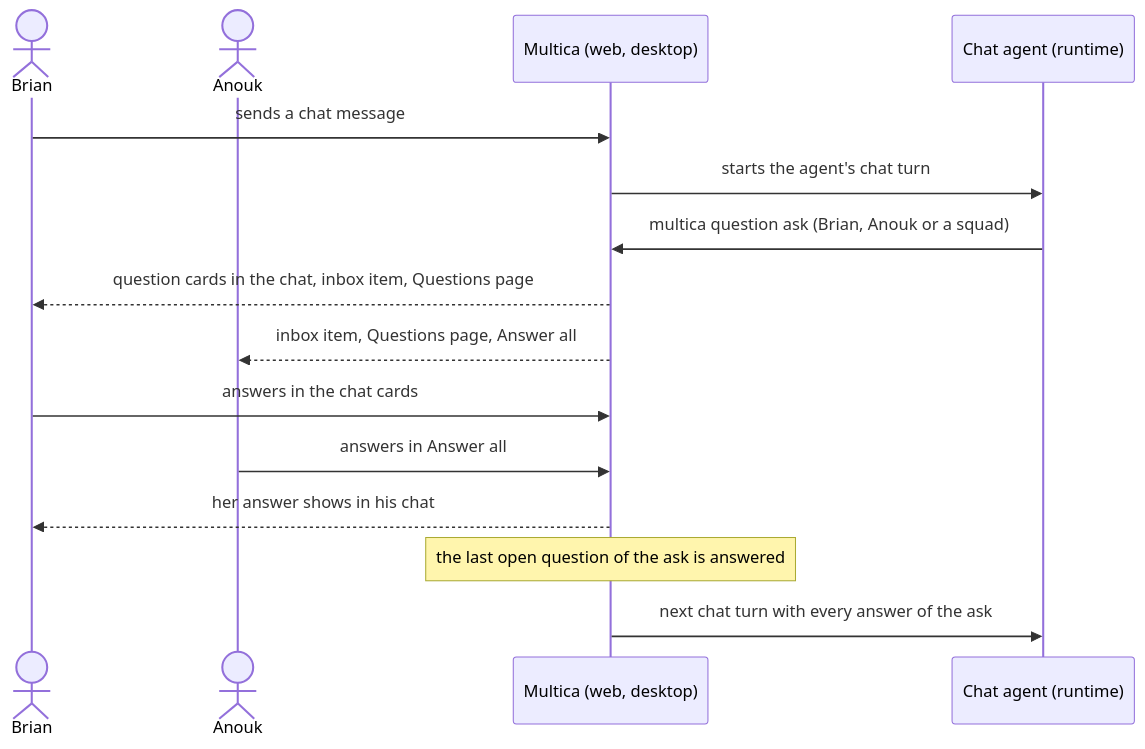
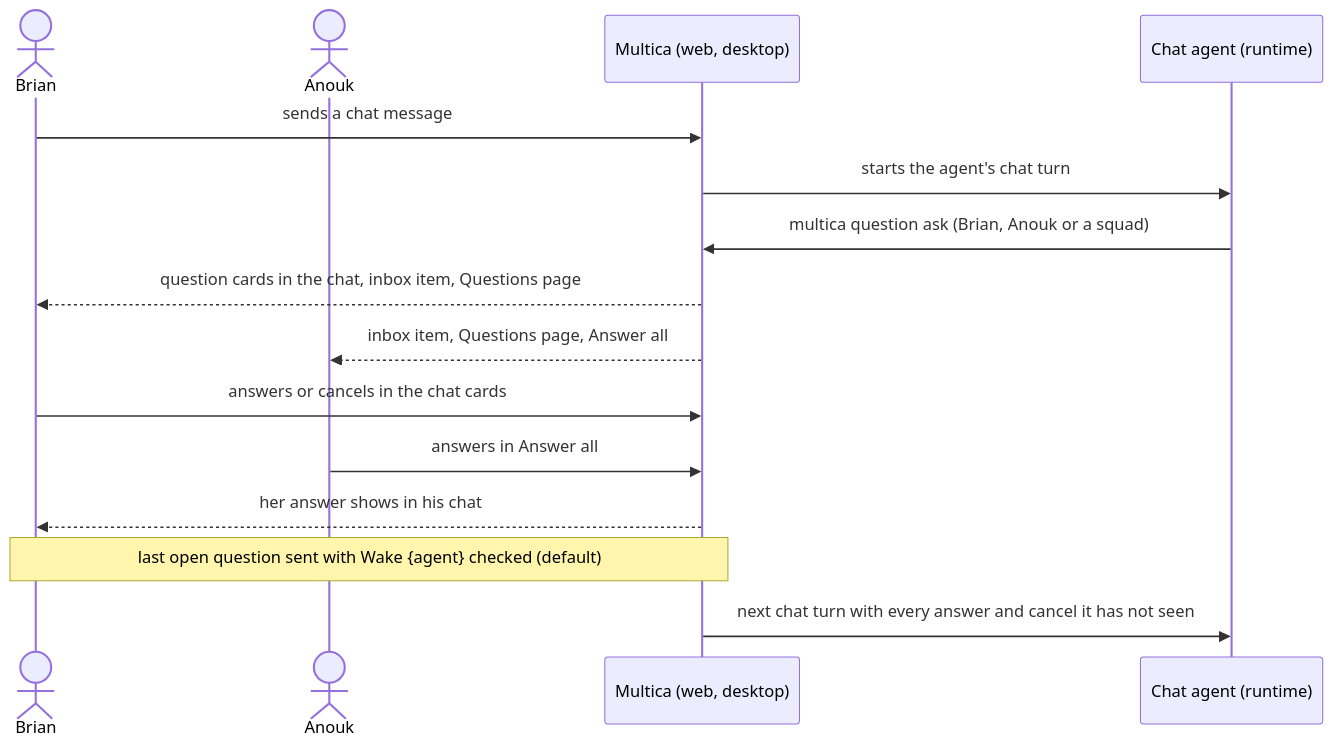
Before and after one commit to appboypov/multica: the diagram in specs/openspec/changes/questions-in-chat/proposal.md, drawn with Mermaid. The commit also changed other lines of this file and 4 other files, not shown here.

First line of the commit message:
docs(specs): let answerers cancel questions, wake chat agents through Wake

````diff
--- a/specs/openspec/changes/questions-in-chat/proposal.md
+++ b/specs/openspec/changes/questions-in-chat/proposal.md
@@ -3,17 +3,17 @@
 ```mermaid
 sequenceDiagram
   actor Brian
   actor Anouk
   participant App as Multica (web, desktop)
   participant Agent as Chat agent (runtime)
   Brian->>App: sends a chat message
   App->>Agent: starts the agent's chat turn
   Agent->>App: multica question ask (Brian, Anouk or a squad)
   App-->>Brian: question cards in the chat, inbox item, Questions page
   App-->>Anouk: inbox item, Questions page, Answer all
-  Brian->>App: answers in the chat cards
+  Brian->>App: answers or cancels in the chat cards
   Anouk->>App: answers in Answer all
   App-->>Brian: her answer shows in his chat
-  Note over App: the last open question of the ask is answered
-  App->>Agent: next chat turn with every answer of the ask
+  Note over Brian,App: last open question sent with Wake {agent} checked (default)
+  App->>Agent: next chat turn with every answer and cancel it has not seen
 ```
````
